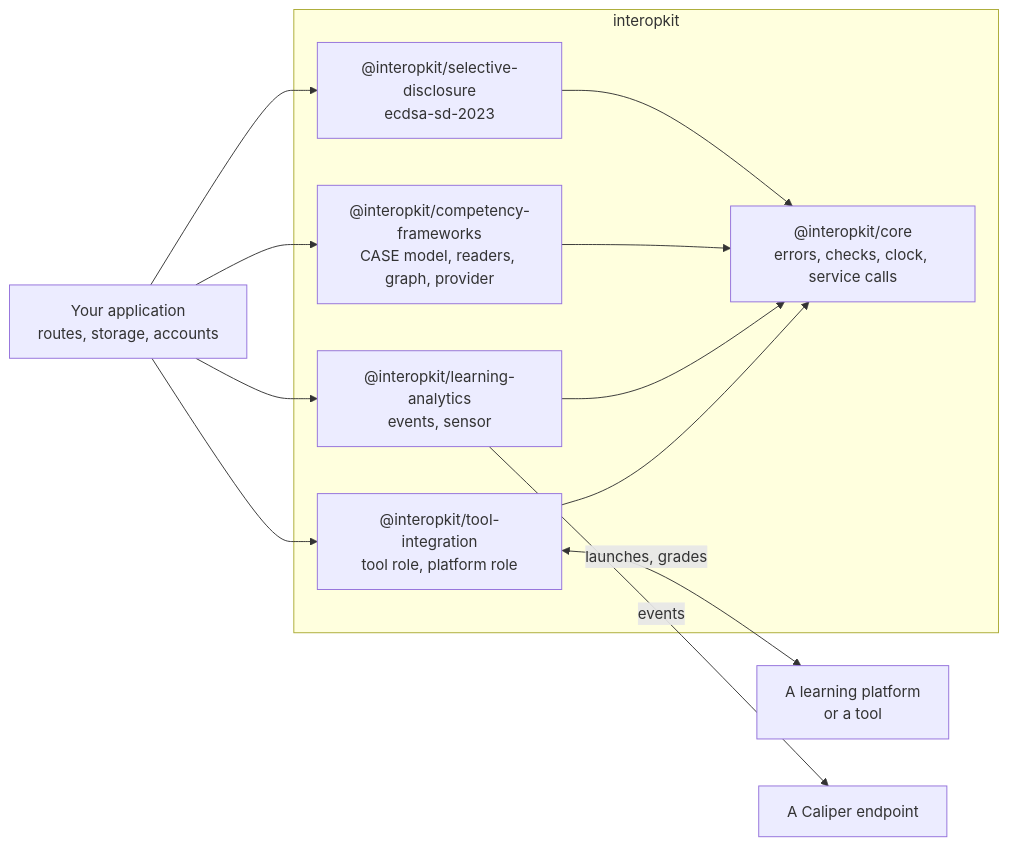
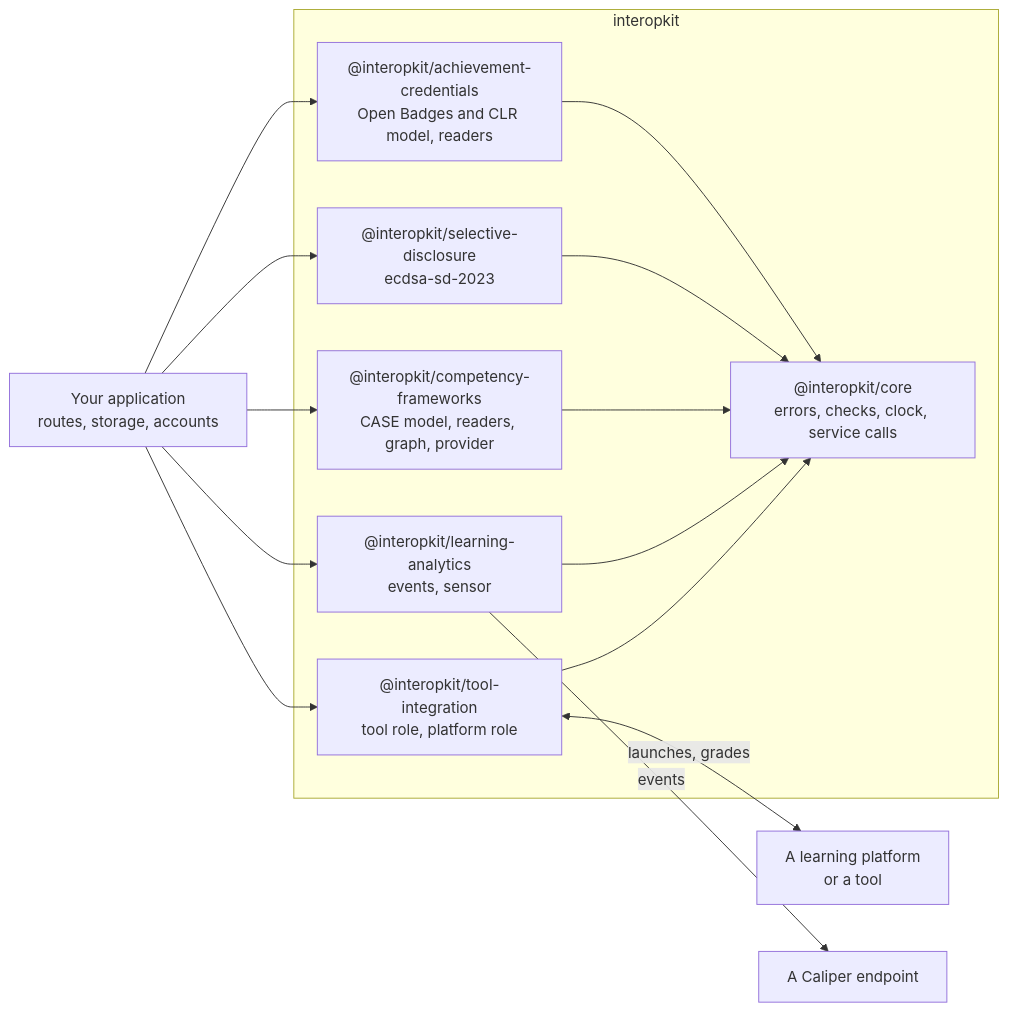
Before and after one commit to interopkit/interopkit: the diagram in README.md, drawn with Mermaid. The commit also changed other lines of this file and 87 other files, not shown here.

First line of the commit message:
Add achievement-credentials: the Open Badges 3.0 and CLR 2.0 model and its readers

````diff
--- a/README.md
+++ b/README.md
@@ -11,23 +12,26 @@
 ```mermaid
 flowchart LR
   host["Your application<br/>routes, storage, accounts"]
   subgraph interopkit["interopkit"]
     core["@interopkit/core<br/>errors, checks, clock, service calls"]
     tool["@interopkit/tool-integration<br/>tool role, platform role"]
     analytics["@interopkit/learning-analytics<br/>events, sensor"]
     frameworks["@interopkit/competency-frameworks<br/>CASE model, readers, graph, provider"]
     disclosure["@interopkit/selective-disclosure<br/>ecdsa-sd-2023"]
+    credentials["@interopkit/achievement-credentials<br/>Open Badges and CLR model, readers"]
     tool --> core
     analytics --> core
     frameworks --> core
     disclosure --> core
+    credentials --> core
   end
   platform["A learning platform<br/>or a tool"]
   endpoint["A Caliper endpoint"]
   host --> tool
   host --> analytics
   host --> frameworks
   host --> disclosure
+  host --> credentials
   tool <-->|"launches, grades"| platform
   analytics -->|"events"| endpoint
 ```
````
